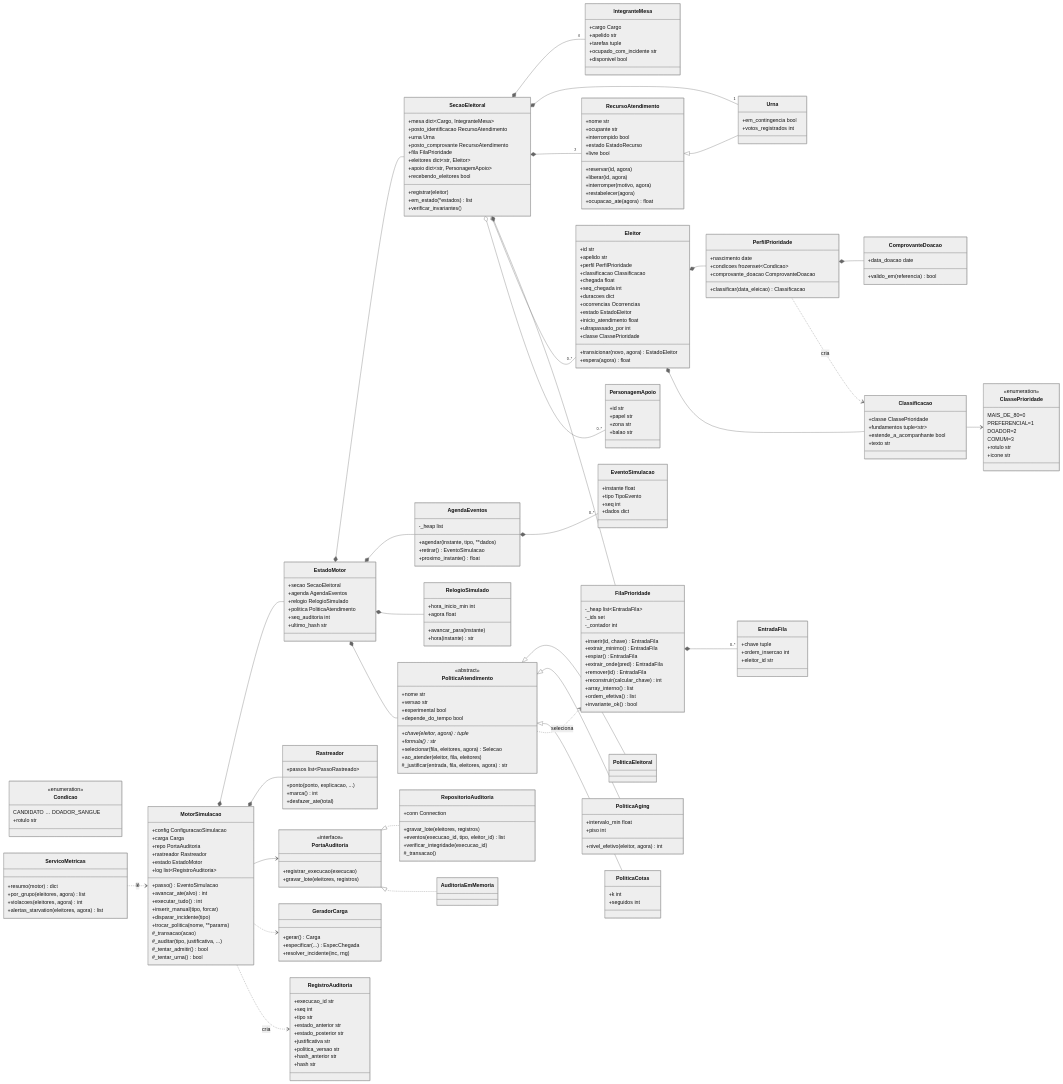
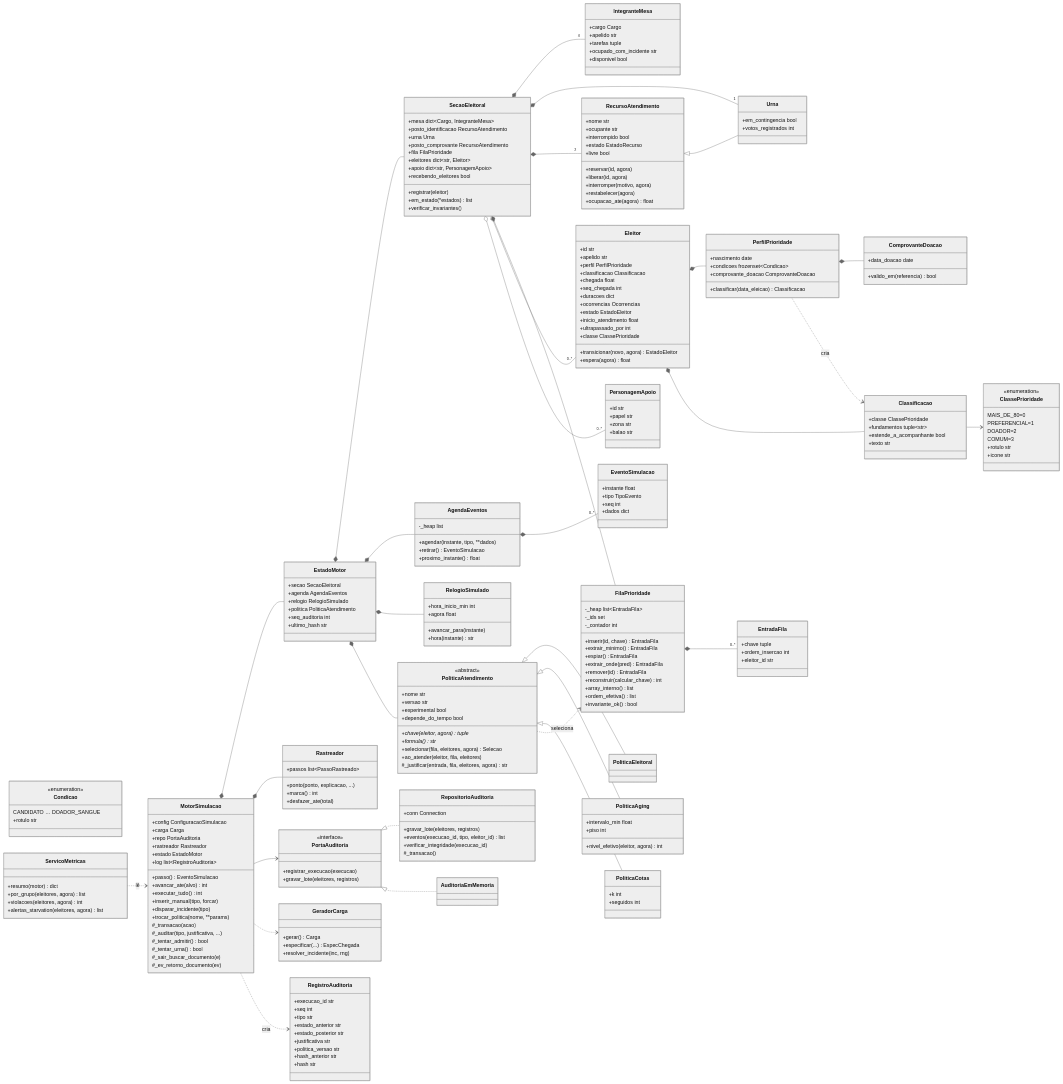
The diagram in docs/dicionario_e_uml.md (Pedrssa/a3-simulador-filas-eleitorais), drawn with Mermaid (neutral theme) before and after one commit. The commit also changed 12 other files, not shown here.

First line of the commit message:
feat(motor): retorno com documento após problema de documentação (art. 131)

```diff
--- a/docs/dicionario_e_uml.md
+++ b/docs/dicionario_e_uml.md
@@ -176,6 +176,8 @@
         #_auditar(tipo, justificativa, ...)
         #_tentar_admitir() bool
         #_tentar_urna() bool
+        #_sair_buscar_documento(e)
+        #_ev_retorno_documento(ev)
     }
     class EstadoMotor {
         +secao SecaoEleitoral
```
